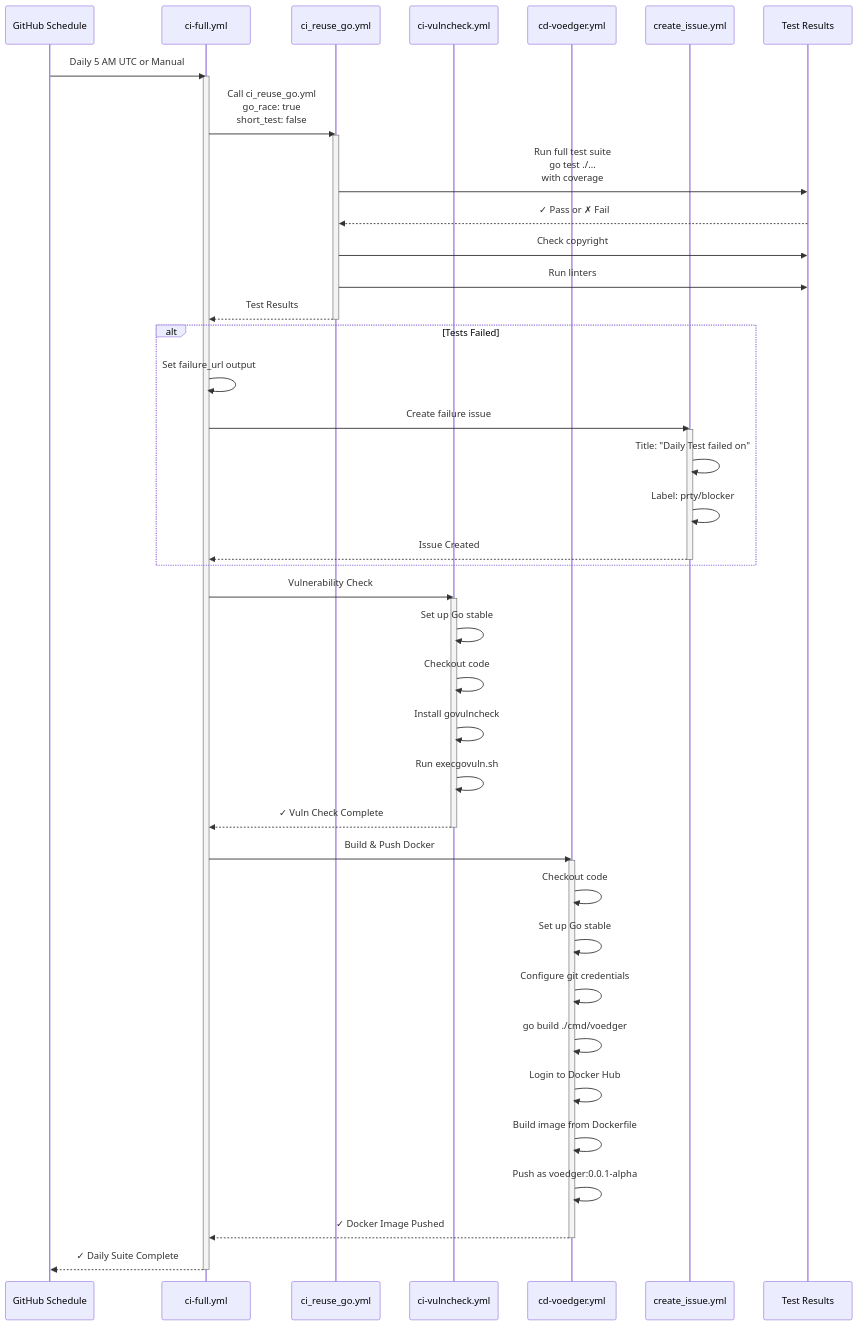
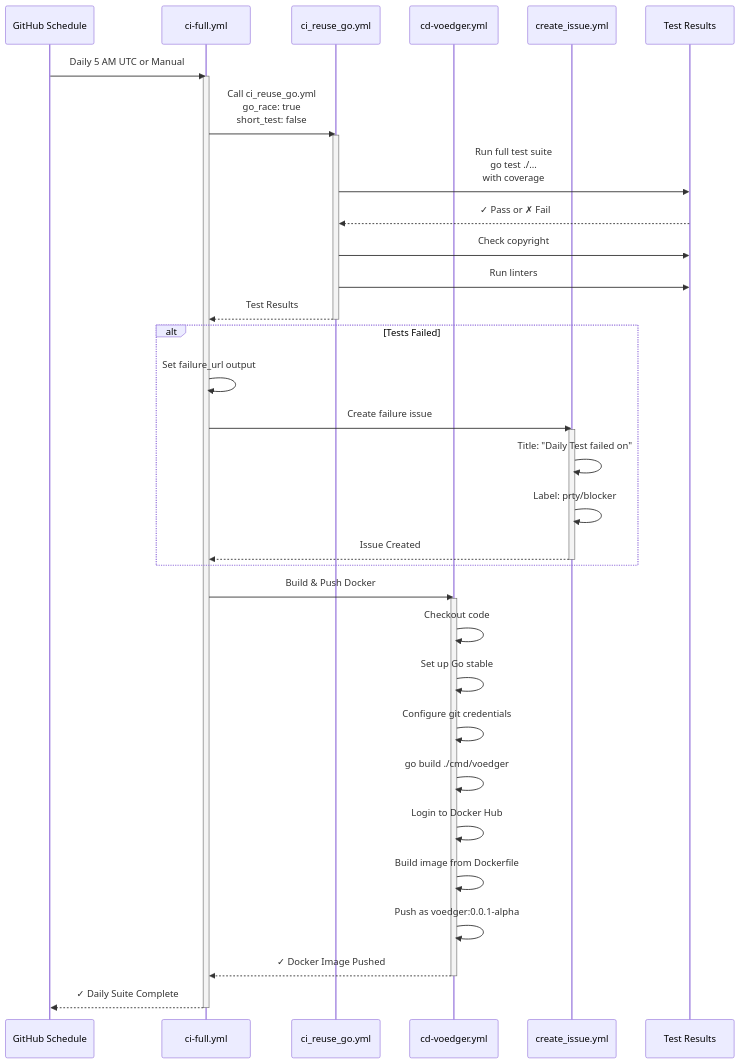
Before and after one commit to voedger/voedger: the fourth of 4 diagrams in .github/workflows/README.md, drawn with Mermaid. The commit also changed other lines of this file and 2 other files, not shown here.

Commit message:
[AIR-2299] voedger: eliminate govulncheck usage

````diff
--- a/.github/workflows/README.md
+++ b/.github/workflows/README.md
@@ -638,56 +629,46 @@
 ```mermaid
 sequenceDiagram
     participant Schedule as GitHub Schedule
     participant WF as ci-full.yml
     participant CI as ci_reuse_go.yml
-    participant Vuln as ci-vulncheck.yml
     participant Docker as cd-voedger.yml
     participant Issue as create_issue.yml
     participant Tests as Test Results
 
     Schedule->>WF: Daily 5 AM UTC or Manual
     activate WF
 
     WF->>CI: Call ci_reuse_go.yml<br/>go_race: true<br/>short_test: false
     activate CI
     CI->>Tests: Run full test suite<br/>go test ./...<br/>with coverage
     Tests-->>CI: ✓ Pass or ✗ Fail
     CI->>Tests: Check copyright
     CI->>Tests: Run linters
     CI-->>WF: Test Results
     deactivate CI
 
     alt Tests Failed
         WF->>WF: Set failure_url output
         WF->>Issue: Create failure issue
         activate Issue
         Issue->>Issue: Title: "Daily Test failed on"
         Issue->>Issue: Label: prty/blocker
         Issue-->>WF: Issue Created
         deactivate Issue
     end
 
-    WF->>Vuln: Vulnerability Check
-    activate Vuln
-    Vuln->>Vuln: Set up Go stable
-    Vuln->>Vuln: Checkout code
-    Vuln->>Vuln: Install govulncheck
-    Vuln->>Vuln: Run execgovuln.sh
-    Vuln-->>WF: ✓ Vuln Check Complete
-    deactivate Vuln
-
     WF->>Docker: Build & Push Docker
     activate Docker
     Docker->>Docker: Checkout code
     Docker->>Docker: Set up Go stable
     Docker->>Docker: Configure git credentials
     Docker->>Docker: go build ./cmd/voedger
     Docker->>Docker: Login to Docker Hub
     Docker->>Docker: Build image from Dockerfile
     Docker->>Docker: Push as voedger:0.0.1-alpha
     Docker-->>WF: ✓ Docker Image Pushed
     deactivate Docker
 
     WF-->>Schedule: ✓ Daily Suite Complete
     deactivate WF
 ```
````
